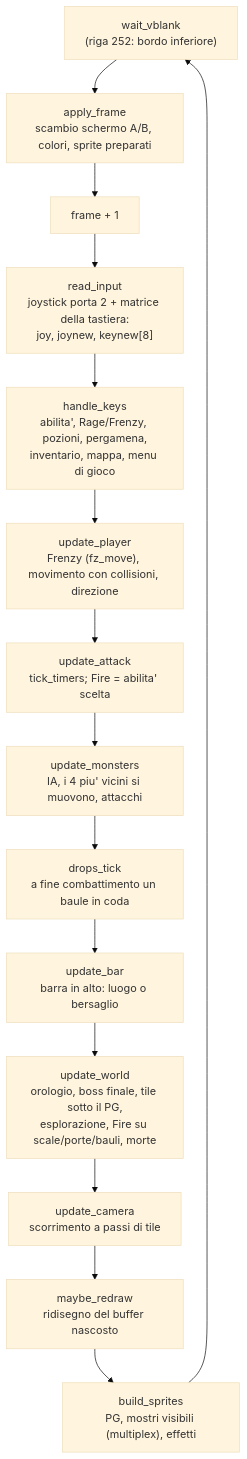
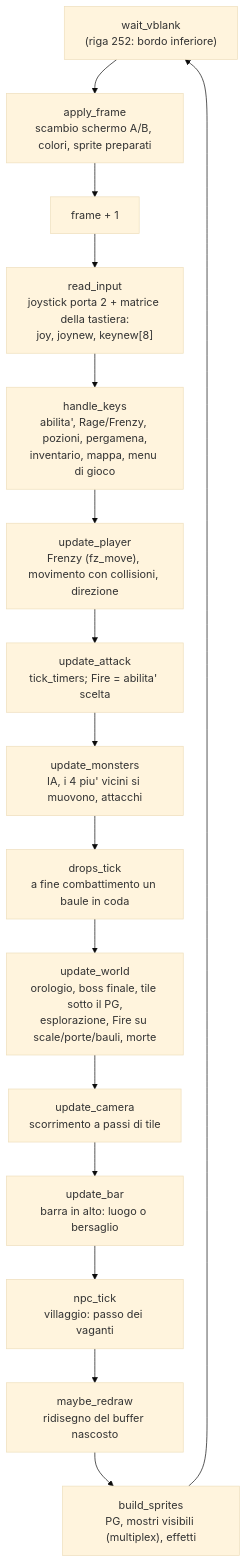
Before and after one commit to caporalesimone/barbarian-the-blood-path: the third of 18 diagrams in docs/wiki/flussi.md, drawn with Mermaid (base theme). The commit also changed other lines of this file and 10 other files, not shown here.

First line of the commit message:
Villaggi: fotogrammi persi vicino agli NPC vaganti

````diff
--- a/docs/wiki/flussi.md
+++ b/docs/wiki/flussi.md
@@ -82,16 +82,17 @@
 ```mermaid
 flowchart TD
     W["wait_vblank<br/>(riga 252: bordo inferiore)"] --> AF["apply_frame<br/>scambio schermo A/B, colori, sprite preparati"]
     AF --> FR["frame + 1"] --> RI["read_input<br/>joystick porta 2 + matrice della tastiera:<br/>joy, joynew, keynew[8]"]
     RI --> HK["handle_keys<br/>abilita', Rage/Frenzy, pozioni, pergamena,<br/>inventario, mappa, menu di gioco"]
     HK --> UP["update_player<br/>Frenzy (fz_move), movimento con collisioni, direzione"]
     UP --> UA["update_attack<br/>tick_timers; Fire = abilita' scelta"]
     UA --> UM["update_monsters<br/>IA, i 4 piu' vicini si muovono, attacchi"]
     UM --> DT["drops_tick<br/>a fine combattimento un baule in coda"]
-    DT --> UB["update_bar<br/>barra in alto: luogo o bersaglio"]
-    UB --> UW["update_world<br/>orologio, boss finale, tile sotto il PG,<br/>esplorazione, Fire su scale/porte/bauli, morte"]
+    DT --> UW["update_world<br/>orologio, boss finale, tile sotto il PG,<br/>esplorazione, Fire su scale/porte/bauli, morte"]
     UW --> UC["update_camera<br/>scorrimento a passi di tile"]
-    UC --> MR["maybe_redraw<br/>ridisegno del buffer nascosto"]
+    UC --> UB["update_bar<br/>barra in alto: luogo o bersaglio"]
+    UB --> NT["npc_tick<br/>villaggio: passo dei vaganti"]
+    NT --> MR["maybe_redraw<br/>ridisegno del buffer nascosto"]
     MR --> BS["build_sprites<br/>PG, mostri visibili (multiplex), effetti"]
     BS --> W
 ```
````
